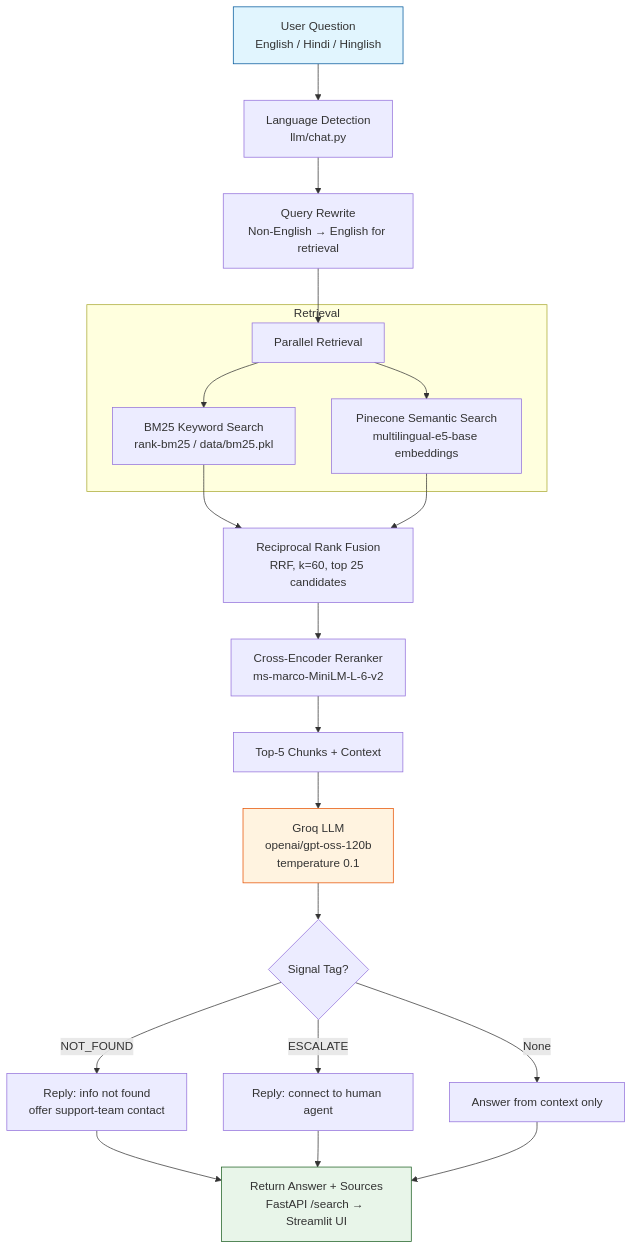
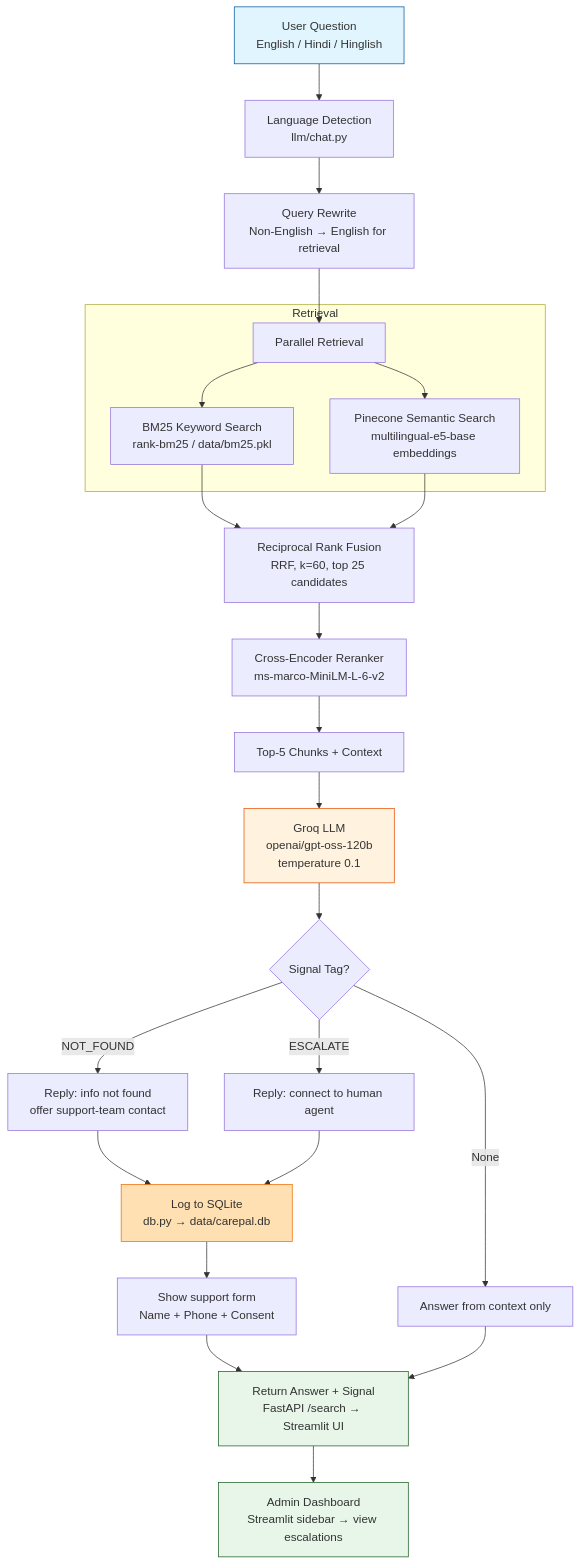
One commit to arthavjain103/carepal_assign changed the diagram in README.md. Above: the diagram before and after it, drawn with Mermaid. The commit also changed other lines of this file and 4 other files, not shown here.

Commit message:
added the human escalation flow

````diff
--- a/README.md
+++ b/README.md
@@ -162,31 +163,38 @@
 ```mermaid
 flowchart TD
     A[User Question<br/>English / Hindi / Hinglish] --> B[Language Detection<br/>llm/chat.py]
     B --> C[Query Rewrite<br/>Non-English → English for retrieval]
     C --> D[Parallel Retrieval]
     
     subgraph Retrieval
         D --> E[BM25 Keyword Search<br/>rank-bm25 / data/bm25.pkl]
         D --> F[Pinecone Semantic Search<br/>multilingual-e5-base embeddings]
     end
     
     E --> G[Reciprocal Rank Fusion<br/>RRF, k=60, top 25 candidates]
     F --> G
     G --> H[Cross-Encoder Reranker<br/>ms-marco-MiniLM-L-6-v2]
     H --> I[Top-5 Chunks + Context]
     
     I --> J[Groq LLM<br/>openai/gpt-oss-120b<br/>temperature 0.1]
     J --> K{Signal Tag?}
     
     K -->|"NOT_FOUND"| L[Reply: info not found<br/>offer support-team contact]
     K -->|"ESCALATE"| M[Reply: connect to human agent]
     K -->|None| N[Answer from context only]
     
-    L --> O[Return Answer + Sources<br/>FastAPI /search → Streamlit UI]
-    M --> O
+    L --> P[Log to SQLite<br/>db.py → data/carepal.db]
+    M --> P
+    P --> Q[Show support form<br/>Name + Phone + Consent]
+    Q --> O[Return Answer + Signal<br/>FastAPI /search → Streamlit UI]
+    
     N --> O
+    
+    O --> R[Admin Dashboard<br/>Streamlit sidebar → view escalations]
     
     style A fill:#e1f5fe,stroke:#01579b
     style J fill:#fff3e0,stroke:#e65100
     style O fill:#e8f5e9,stroke:#1b5e20
+    style P fill:#ffe0b2,stroke:#ef6c00
+    style R fill:#e8f5e9,stroke:#1b5e20
 ```
````
